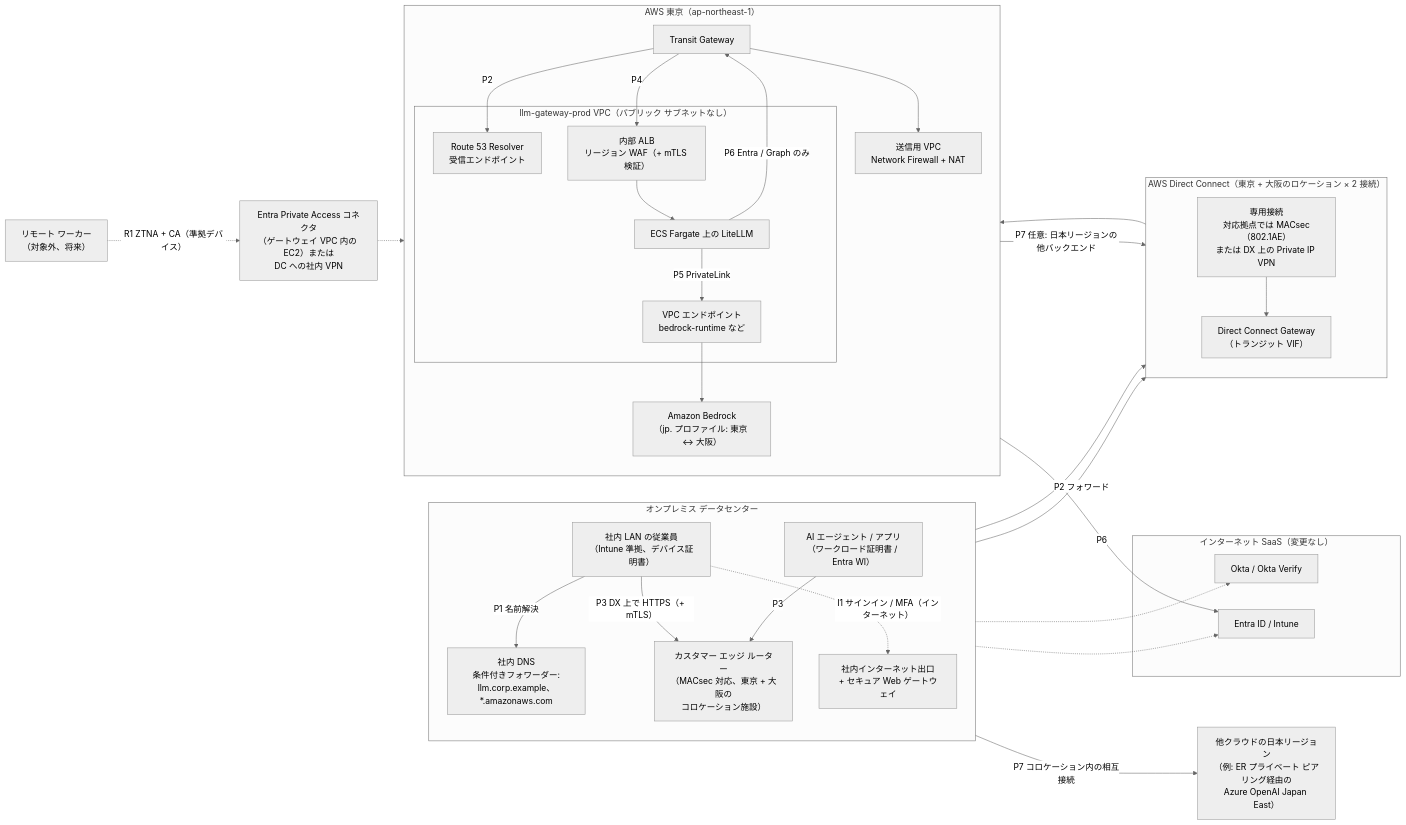
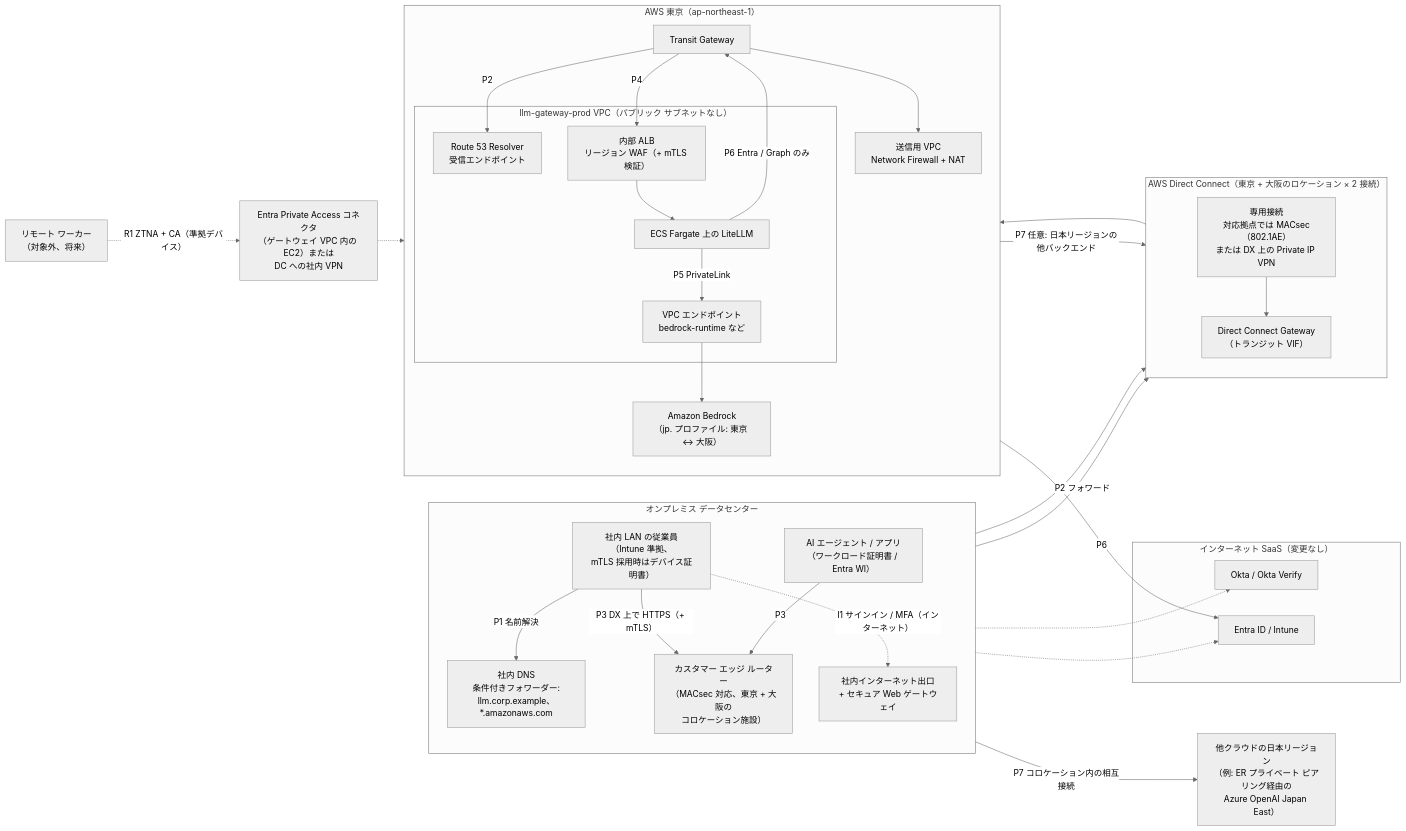
Before and after one commit to minddrop/llm-gateway-comparison: the first of 5 diagrams in docs/jp/07-private-connectivity.md, drawn with Mermaid (neutral theme). The commit also changed other lines of this file and 16 other files, not shown here.

````diff
--- a/docs/jp/07-private-connectivity.md
+++ b/docs/jp/07-private-connectivity.md
@@ -33,58 +33,58 @@
 ```mermaid
 flowchart LR
     subgraph ONP["オンプレミス データセンター"]
         direction TB
-        UOP["社内 LAN の従業員<br/>（Intune 準拠、デバイス証明書）"]
+        UOP["社内 LAN の従業員<br/>（Intune 準拠、<br/>mTLS 採用時はデバイス証明書）"]
         AGOP["AI エージェント / アプリ<br/>（ワークロード証明書 / Entra WI）"]
         ODNS["社内 DNS<br/>条件付きフォワーダー:<br/>llm.corp.example、*.amazonaws.com"]
         CER["カスタマー エッジ ルーター<br/>（MACsec 対応、東京 + 大阪の<br/>コロケーション施設）"]
         INET["社内インターネット出口<br/>+ セキュア Web ゲートウェイ"]
     end
 
     subgraph DX["AWS Direct Connect（東京 + 大阪のロケーション × 2 接続）"]
         direction TB
         DXC["専用接続<br/>対応拠点では MACsec（802.1AE）<br/>または DX 上の Private IP VPN"]
         DXGW["Direct Connect Gateway<br/>（トランジット VIF）"]
     end
 
     subgraph AWS["AWS 東京（ap-northeast-1）"]
         direction TB
         TGW["Transit Gateway"]
         subgraph VPC["llm-gateway-prod VPC（パブリック サブネットなし）"]
             R53IN["Route 53 Resolver<br/>受信エンドポイント"]
             IALB["内部 ALB<br/>リージョン WAF（+ mTLS 検証）"]
             ECS["ECS Fargate 上の LiteLLM"]
             VPCE["VPC エンドポイント<br/>bedrock-runtime など"]
         end
         EGR["送信用 VPC<br/>Network Firewall + NAT"]
         BR["Amazon Bedrock<br/>（jp. プロファイル: 東京 ↔ 大阪）"]
     end
 
     subgraph SAAS["インターネット SaaS（変更なし）"]
         ENTRA["Entra ID / Intune"]
         OKTA["Okta / Okta Verify"]
     end
 
     XC["他クラウドの日本リージョン<br/>（例: ER プライベート ピアリング経由の<br/>Azure OpenAI Japan East）"]
     REM["リモート ワーカー<br/>（対象外、将来）"]
     ZTNA["Entra Private Access コネクタ<br/>（ゲートウェイ VPC 内の EC2）または<br/>DC への社内 VPN"]
 
     UOP -->|"P1 名前解決"| ODNS
     ODNS -->|"P2 フォワード"| DXC
     DXC --> DXGW --> TGW
     TGW -->|"P2"| R53IN
     UOP -->|"P3 DX 上で HTTPS（+ mTLS）"| CER
     AGOP -->|"P3"| CER
     CER --> DXC
     TGW -->|"P4"| IALB --> ECS
     ECS -->|"P5 PrivateLink"| VPCE --> BR
     ECS -->|"P6 Entra / Graph のみ"| TGW
     TGW --> EGR -->|"P6"| ENTRA
     TGW -->|"P7 任意: 日本リージョンの他バックエンド"| DXGW
     CER -->|"P7 コロケーション内の相互接続"| XC
     UOP -.->|"I1 サインイン / MFA（インターネット）"| INET
     INET -.-> ENTRA
     INET -.-> OKTA
     REM -.->|"R1 ZTNA + CA（準拠デバイス）"| ZTNA
     ZTNA -.-> IALB
 ```
````
